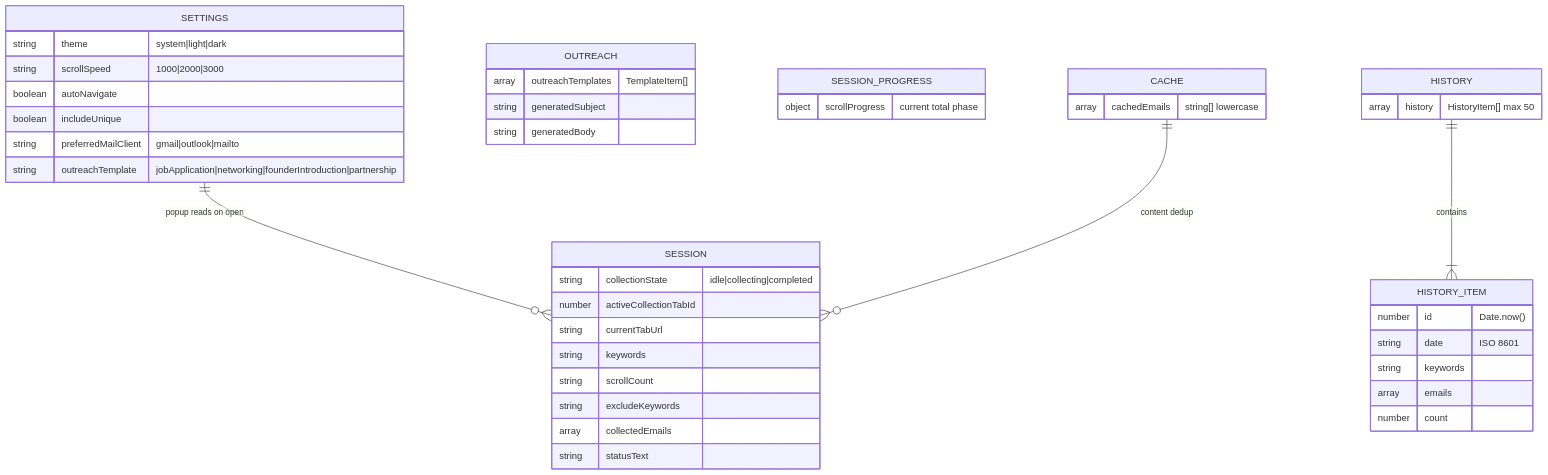
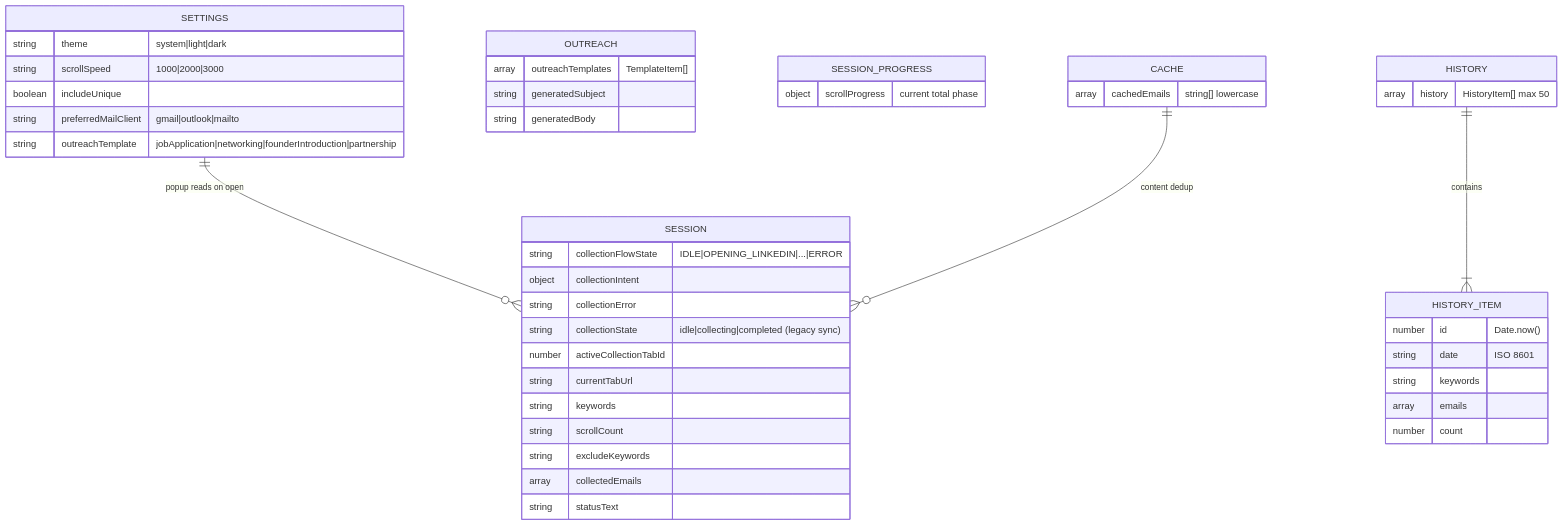
The first of 2 diagrams in docs/STORAGE.md (yagnesh97/reach-in), drawn with Mermaid before and after one commit. The commit also changed other lines of this file and 13 other files, not shown here.

First line of the commit message:
Enhance email collection flow and UI in ReachIn extension

````diff
--- a/docs/STORAGE.md
+++ b/docs/STORAGE.md
@@ -22,52 +22,54 @@
 ```mermaid
 erDiagram
   SETTINGS {
     string theme "system|light|dark"
     string scrollSpeed "1000|2000|3000"
-    boolean autoNavigate
     boolean includeUnique
     string preferredMailClient "gmail|outlook|mailto"
     string outreachTemplate "jobApplication|networking|founderIntroduction|partnership"
   }
 
   OUTREACH {
     array outreachTemplates "TemplateItem[]"
     string generatedSubject
     string generatedBody
   }
 
   SESSION_PROGRESS {
     object scrollProgress "current total phase"
   }
 
   SESSION {
-    string collectionState "idle|collecting|completed"
+    string collectionFlowState "IDLE|OPENING_LINKEDIN|...|ERROR"
+    object collectionIntent
+    string collectionError
+    string collectionState "idle|collecting|completed (legacy sync)"
     number activeCollectionTabId
     string currentTabUrl
     string keywords
     string scrollCount
     string excludeKeywords
     array collectedEmails
     string statusText
   }
 
   CACHE {
     array cachedEmails "string[] lowercase"
   }
 
   HISTORY {
     array history "HistoryItem[] max 50"
   }
 
   HISTORY_ITEM {
     number id "Date.now()"
     string date "ISO 8601"
     string keywords
     array emails
     number count
   }
 
   SETTINGS ||--o{ SESSION : "popup reads on open"
   CACHE ||--o{ SESSION : "content dedup"
   HISTORY ||--|{ HISTORY_ITEM : "contains"
 ```
````
